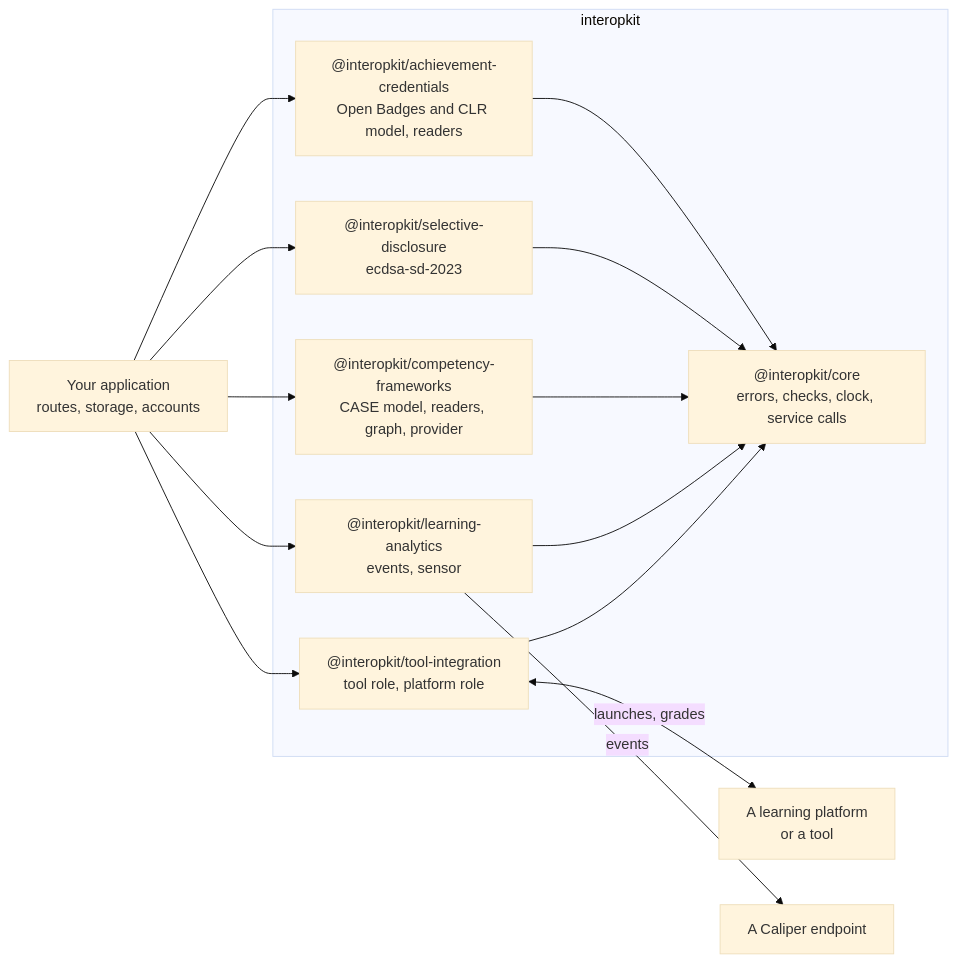
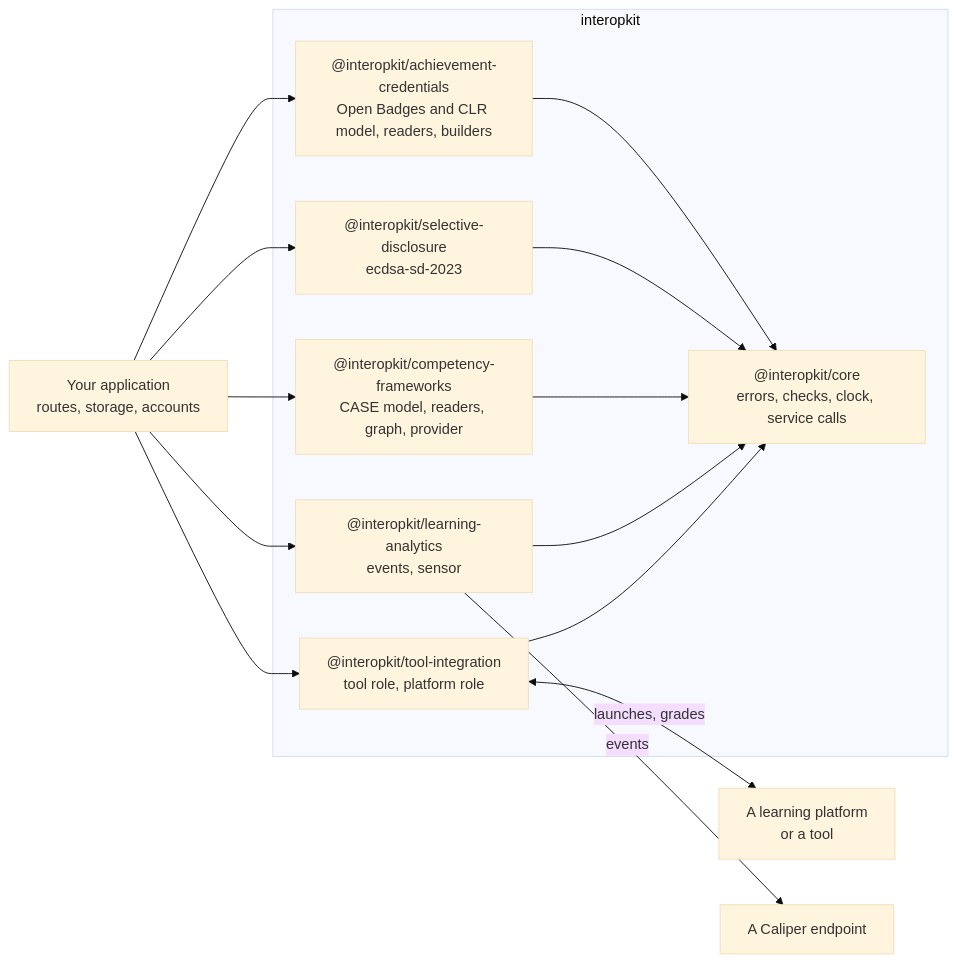
Before and after one commit to interopkit/interopkit: the diagram in README.md, drawn with Mermaid (base theme). The commit also changed other lines of this file and 40 other files, not shown here.

First line of the commit message:
Add builders, identity hashes, comparison and summaries to achievement-credentials

````diff
--- a/README.md
+++ b/README.md
@@ -12,26 +12,26 @@
 ```mermaid
 flowchart LR
   host["Your application<br/>routes, storage, accounts"]
   subgraph interopkit["interopkit"]
     core["@interopkit/core<br/>errors, checks, clock, service calls"]
     tool["@interopkit/tool-integration<br/>tool role, platform role"]
     analytics["@interopkit/learning-analytics<br/>events, sensor"]
     frameworks["@interopkit/competency-frameworks<br/>CASE model, readers, graph, provider"]
     disclosure["@interopkit/selective-disclosure<br/>ecdsa-sd-2023"]
-    credentials["@interopkit/achievement-credentials<br/>Open Badges and CLR model, readers"]
+    credentials["@interopkit/achievement-credentials<br/>Open Badges and CLR model, readers, builders"]
     tool --> core
     analytics --> core
     frameworks --> core
     disclosure --> core
     credentials --> core
   end
   platform["A learning platform<br/>or a tool"]
   endpoint["A Caliper endpoint"]
   host --> tool
   host --> analytics
   host --> frameworks
   host --> disclosure
   host --> credentials
   tool <-->|"launches, grades"| platform
   analytics -->|"events"| endpoint
 ```
````
